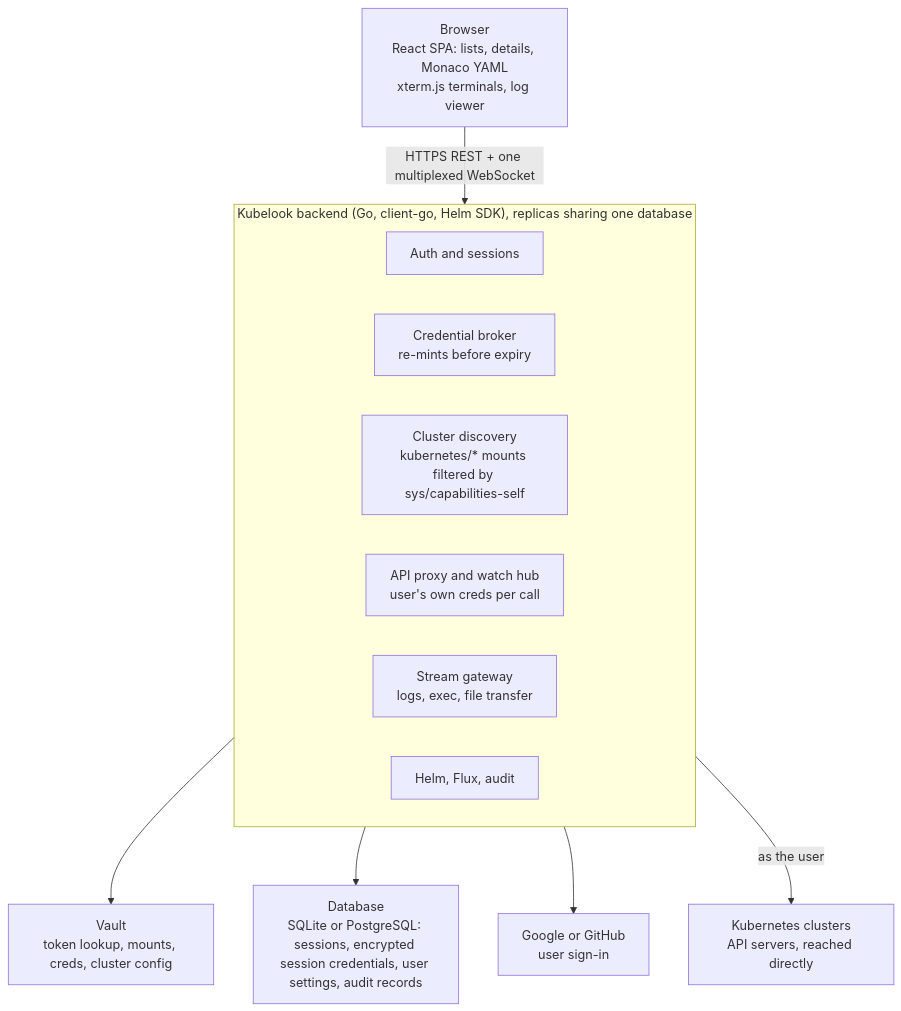
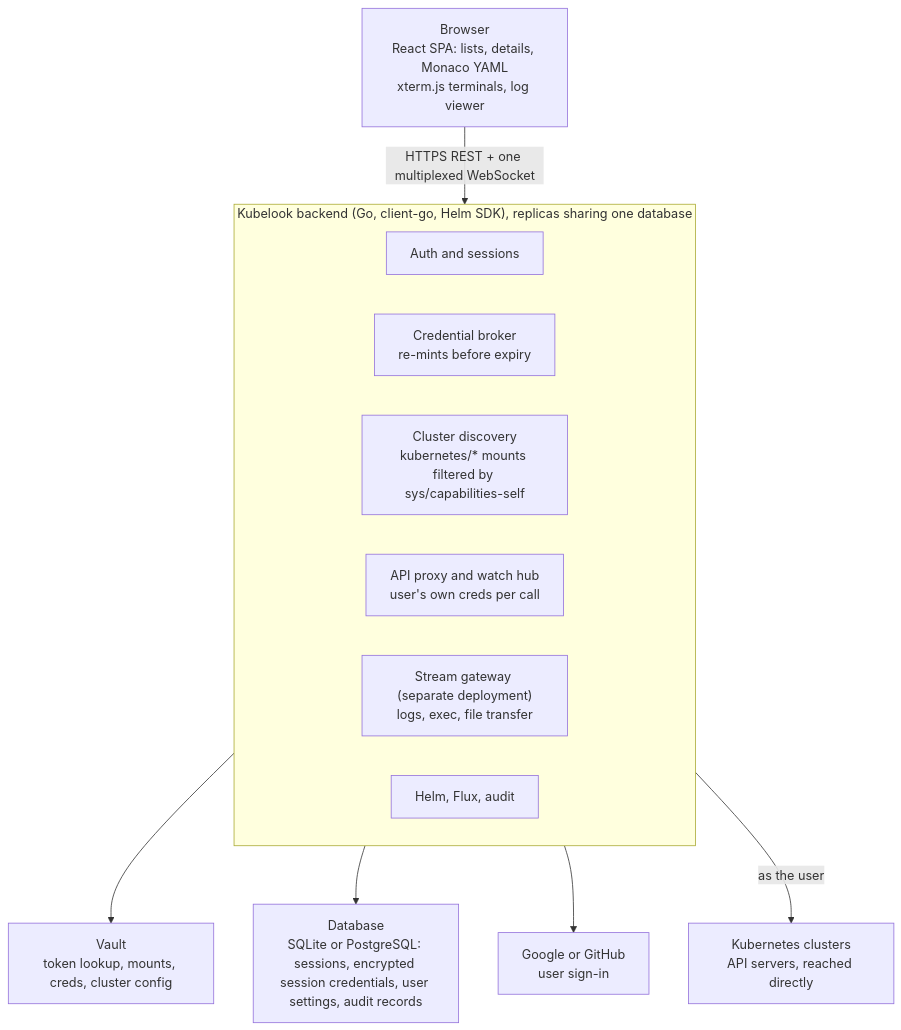
The diagram in docs/spec.md (bdnix/kubelook), drawn with Mermaid before and after one commit. The commit also changed other lines of this file, not shown here.

````diff
--- a/docs/spec.md
+++ b/docs/spec.md
@@ -118,21 +118,21 @@
 ```mermaid
 flowchart TB
   browser["Browser<br/>React SPA: lists, details, Monaco YAML<br/>xterm.js terminals, log viewer"]
   subgraph backend["Kubelook backend (Go, client-go, Helm SDK), replicas sharing one database"]
     auth["Auth and sessions"]
     broker["Credential broker<br/>re-mints before expiry"]
     discovery["Cluster discovery<br/>kubernetes/* mounts filtered by sys/capabilities-self"]
     proxy["API proxy and watch hub<br/>user's own creds per call"]
-    streams["Stream gateway<br/>logs, exec, file transfer"]
+    streams["Stream gateway (separate deployment)<br/>logs, exec, file transfer"]
     ops["Helm, Flux, audit"]
   end
   vault["Vault<br/>token lookup, mounts, creds, cluster config"]
   store["Database<br/>SQLite or PostgreSQL: sessions, encrypted session credentials, user settings, audit records"]
   idp["Google or GitHub<br/>user sign-in"]
   clusters["Kubernetes clusters<br/>API servers, reached directly"]
   browser -- "HTTPS REST + one multiplexed WebSocket" --> backend
   backend --> vault
   backend --> store
   backend --> idp
   backend -- "as the user" --> clusters
 ```
````
